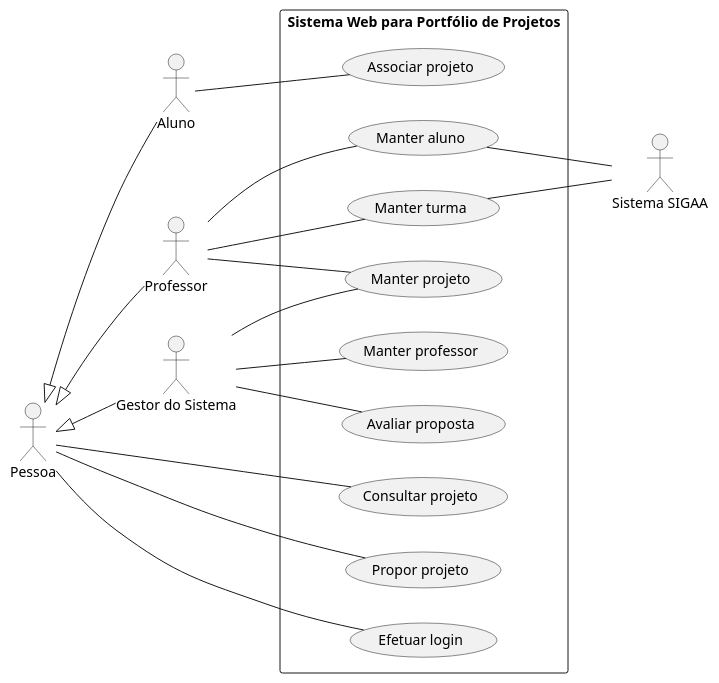
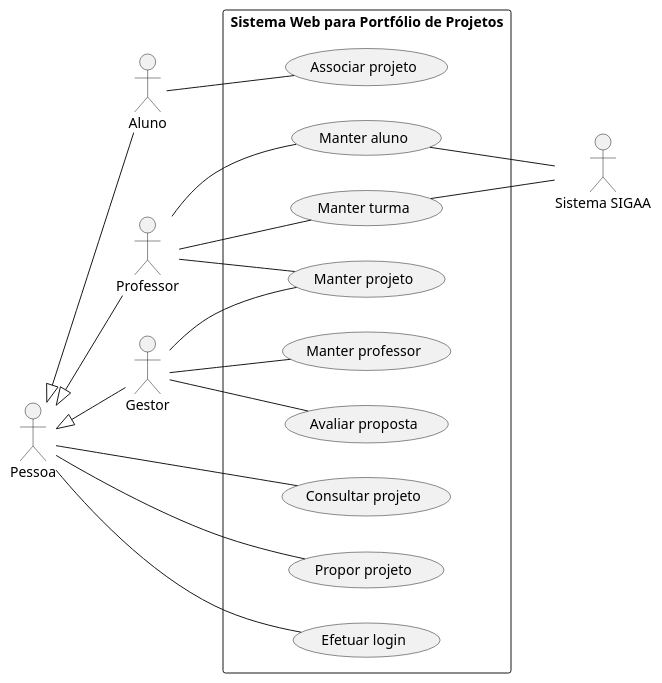
The diagram in requisitos/usecase.puml (Pedro-V/projetorium), drawn with PlantUML before and after one commit.

```diff
--- a/requisitos/usecase.puml
+++ b/requisitos/usecase.puml
@@ -1,44 +1,44 @@
 @startuml
 left to right direction
 ' Atores
 :Pessoa: as Pessoa
 :Aluno: as Aluno
 :Professor: as Professor
-:Gestor do Sistema: as Gestor
+:Gestor: as Gestor
 :Sistema SIGAA: as SIGAA
 
 ' Extensões de atores
 Pessoa <|-- Aluno
 Pessoa <|-- Professor
 Pessoa <|-- Gestor
 
 
 rectangle "Sistema Web para Portfólio de Projetos" {
     (Consultar projeto) as ConsProj
     (Propor projeto) as PropProj
     (Manter projeto) as MantProj
     (Efetuar login) as EfetLog
     (Manter turma) as MantTurm
     (Manter professor) as MantProf
     (Manter aluno) as MantAlun
     (Avaliar proposta) as AvalProp
     (Associar projeto) as AssocProj
 }
 
 Aluno -- AssocProj
 
 Pessoa -- ConsProj
 Pessoa -- PropProj
 Pessoa -- EfetLog
 
 Professor -- MantAlun
 Professor -- MantTurm
 Professor -- MantProj
 
 Gestor -- AvalProp
 Gestor -- MantProj
 Gestor -- MantProf
 
 SIGAA -up- MantTurm
 SIGAA -up- MantAlun
 @enduml
```
